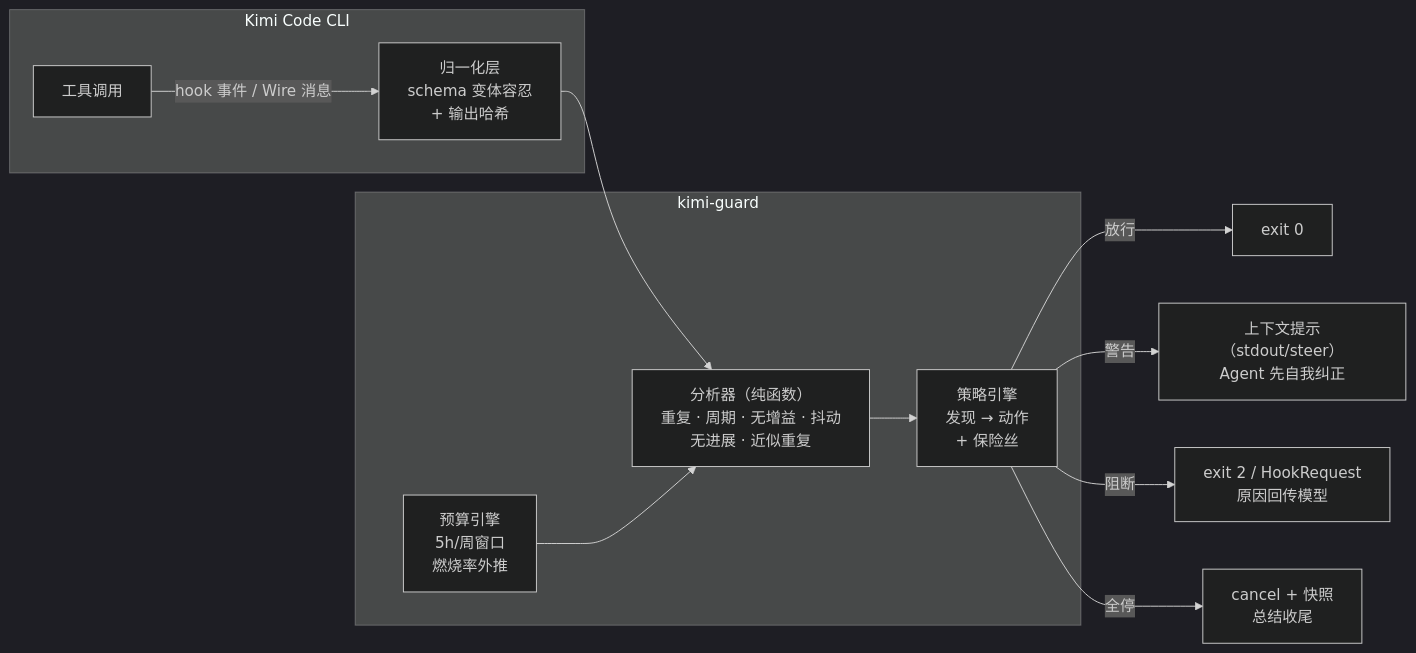
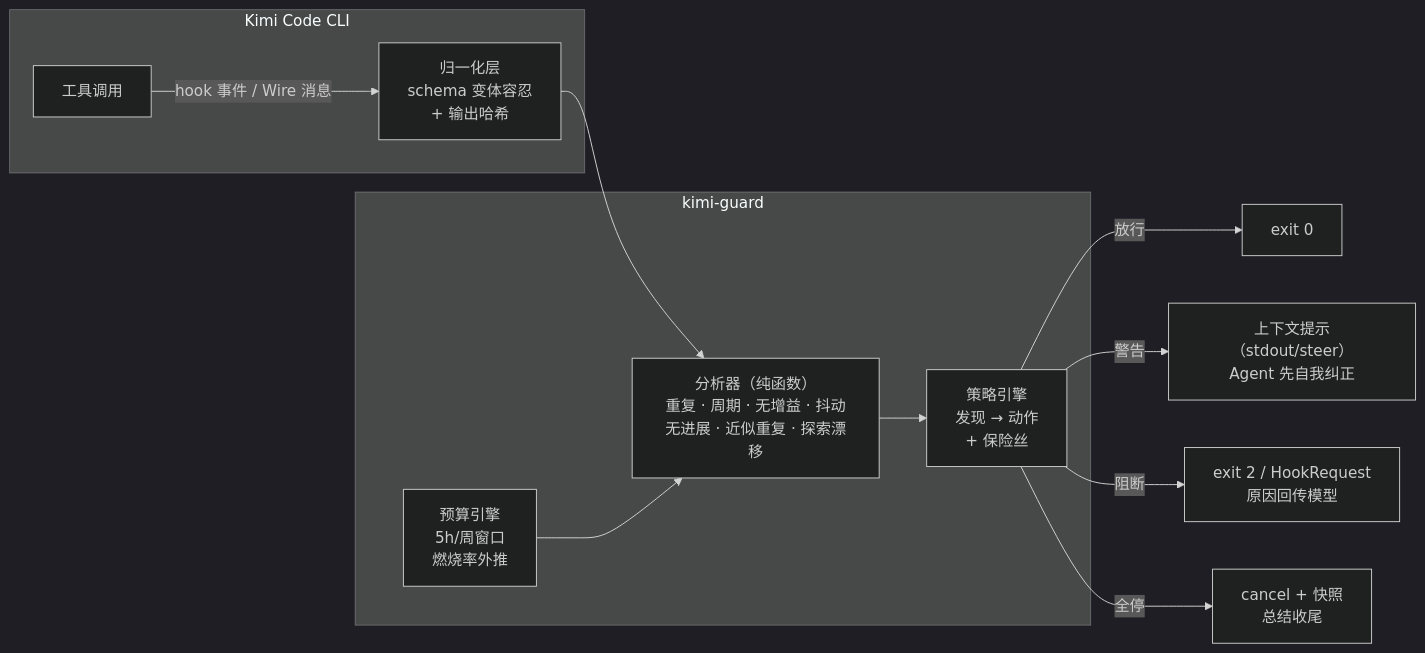
One commit to shidesheng0218/kimi-guard changed the first of 2 diagrams in docs/README.zh-CN.md. Above: the diagram before and after it, drawn with Mermaid (dark theme). The commit also changed other lines of this file and 19 other files, not shown here.

````diff
--- a/docs/README.zh-CN.md
+++ b/docs/README.zh-CN.md
@@ -174,15 +186,15 @@
 ```mermaid
 flowchart LR
     subgraph KIMI["Kimi Code CLI"]
         A["工具调用"] -->|"hook 事件 / Wire 消息"| B
     end
     subgraph GUARD["kimi-guard"]
-        B["归一化层<br/>schema 变体容忍<br/>+ 输出哈希"] --> C["分析器（纯函数）<br/>重复 · 周期 · 无增益 · 抖动<br/>无进展 · 近似重复"]
+        B["归一化层<br/>schema 变体容忍<br/>+ 输出哈希"] --> C["分析器（纯函数）<br/>重复 · 周期 · 无增益 · 抖动<br/>无进展 · 近似重复 · 探索漂移"]
         M["预算引擎<br/>5h/周窗口<br/>燃烧率外推"] --> C
         C --> D["策略引擎<br/>发现 → 动作<br/>+ 保险丝"]
     end
     D -->|"放行"| E["exit 0"]
     D -->|"警告"| F["上下文提示（stdout/steer）<br/>Agent 先自我纠正"]
     D -->|"阻断"| G["exit 2 / HookRequest<br/>原因回传模型"]
     D -->|"全停"| H["cancel + 快照<br/>总结收尾"]
 ```
````
